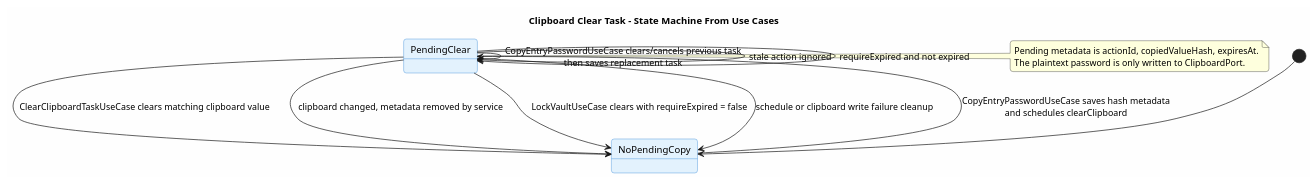
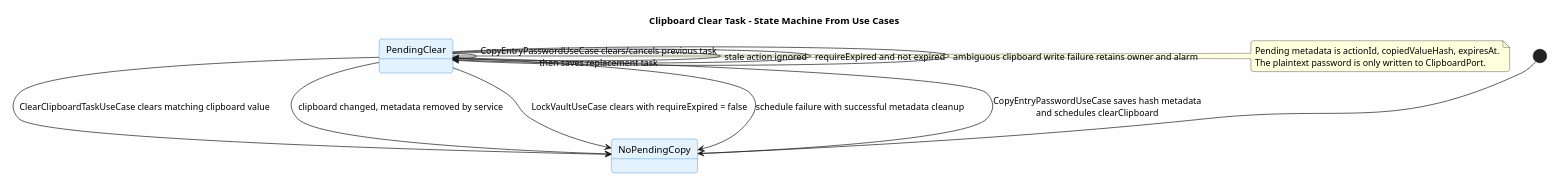
Before and after one commit to ArionStudio/engr-serverless-pm: the diagram in docs/v1/use-case/clipboard/clipboard-clear.state-machine.puml, drawn with PlantUML. The commit also changed 8 other files, not shown here.

```diff
--- a/docs/v1/use-case/clipboard/clipboard-clear.state-machine.puml
+++ b/docs/v1/use-case/clipboard/clipboard-clear.state-machine.puml
@@ -1,28 +1,29 @@
 @startuml clipboard-clear-state-machine
 title Clipboard Clear Task - State Machine From Use Cases
 
 skinparam backgroundColor #FEFEFE
 skinparam roundcorner 8
 skinparam shadowing false
 skinparam state {
   BackgroundColor #E3F2FD
   BorderColor #1976D2
 }
 
 [*] --> NoPendingCopy
 
 NoPendingCopy --> PendingClear : CopyEntryPasswordUseCase saves hash metadata\nand schedules clearClipboard
 PendingClear --> PendingClear : CopyEntryPasswordUseCase clears/cancels previous task\nthen saves replacement task
 PendingClear --> NoPendingCopy : ClearClipboardTaskUseCase clears matching clipboard value
 PendingClear --> NoPendingCopy : clipboard changed, metadata removed by service
 PendingClear --> PendingClear : stale action ignored
 PendingClear --> PendingClear : requireExpired and not expired
 PendingClear --> NoPendingCopy : LockVaultUseCase clears with requireExpired = false
-PendingClear --> NoPendingCopy : schedule or clipboard write failure cleanup
+PendingClear --> NoPendingCopy : schedule failure with successful metadata cleanup
+PendingClear --> PendingClear : ambiguous clipboard write failure retains owner and alarm
 
 note right of PendingClear
 Pending metadata is actionId, copiedValueHash, expiresAt.
 The plaintext password is only written to ClipboardPort.
 end note
 
 @enduml
```
